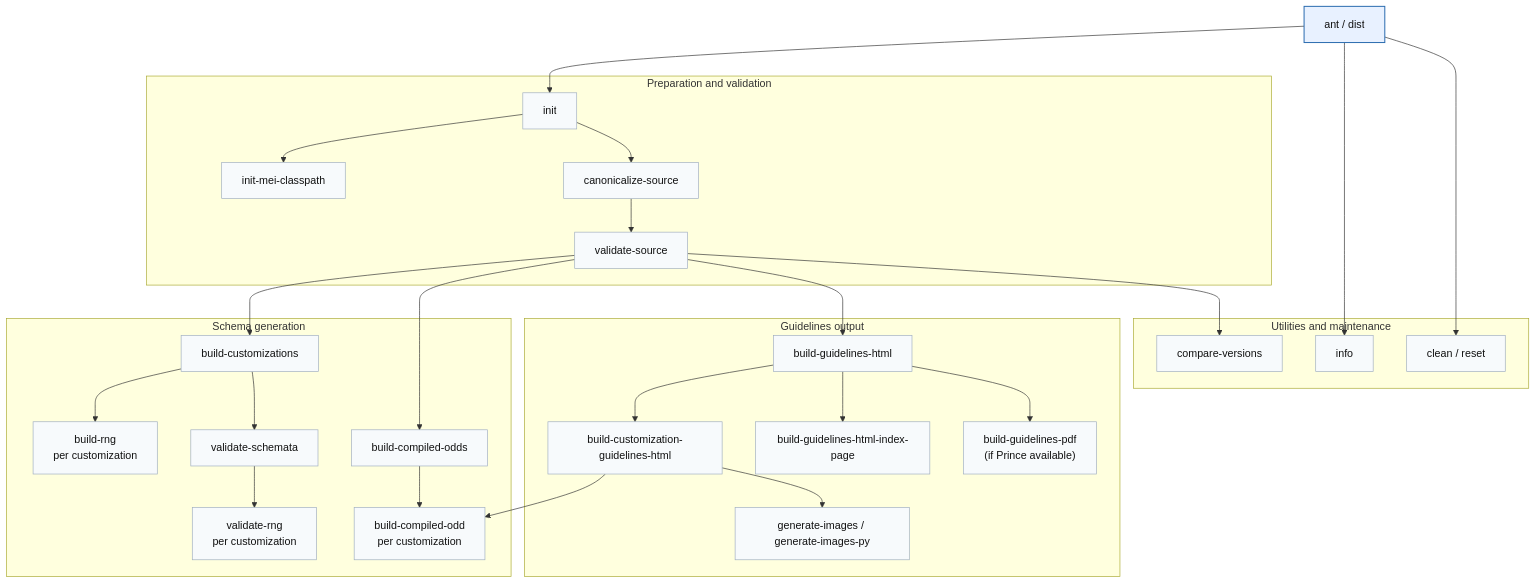
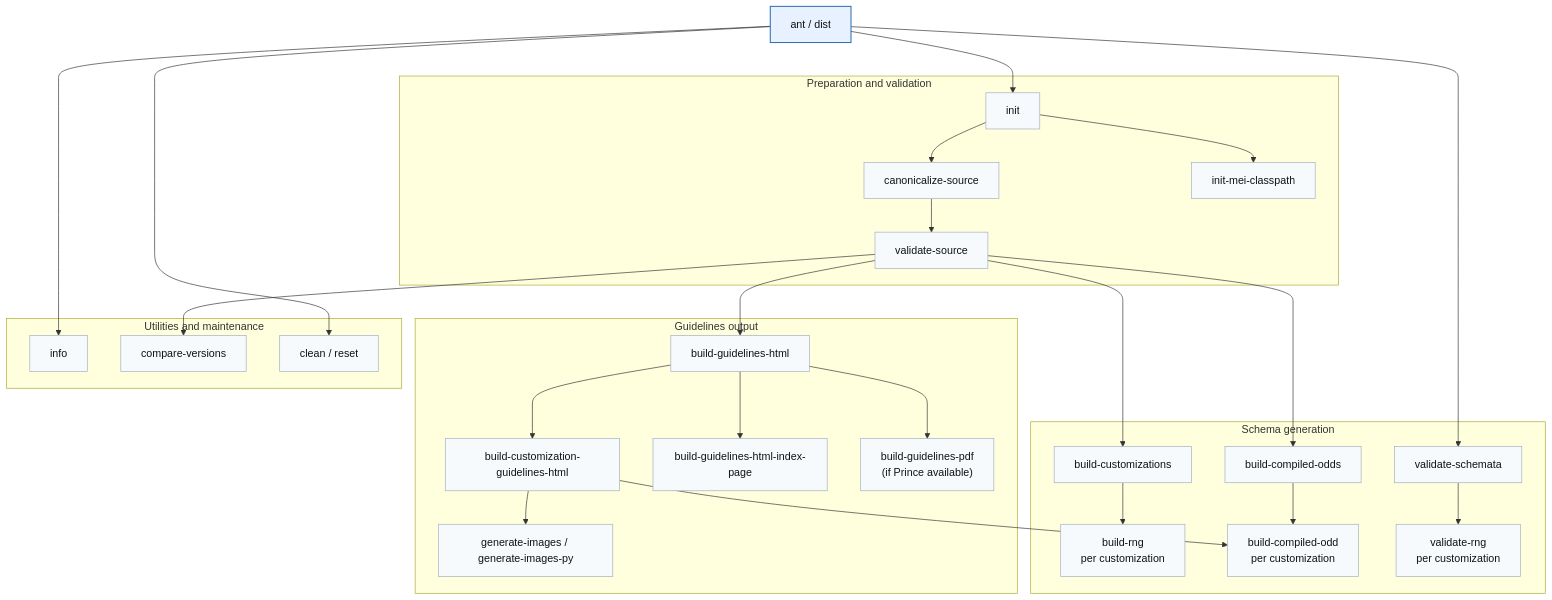
The diagram in BUILD_COMMANDLINE.md (music-encoding/music-encoding), drawn with Mermaid before and after one commit. The commit also changed 1 other file, not shown here.

Commit message:
doc: fix image and wording

````diff
--- a/BUILD_COMMANDLINE.md
+++ b/BUILD_COMMANDLINE.md
@@ -146,62 +146,62 @@
 ```mermaid
 flowchart TD
     DIST["ant / dist"]:::primary
 
     subgraph PREP["Preparation and validation"]
         CANON["canonicalize-source"]
         VALID["validate-source"]
         INIT["init"]
         CLP["init-mei-classpath"]
     end
 
     subgraph SCHEMA["Schema generation"]
         RNGS["build-customizations"]
         ODDS["build-compiled-odds"]
         RNG_CUS["build-rng\nper customization"]
         ODD_CUS["build-compiled-odd\nper customization"]
         VALID_SCH["validate-schemata"]
         VALID_CUS["validate-rng\nper customization"]
     end
 
     subgraph DOCS["Guidelines output"]
         HTML["build-guidelines-html"]
         HTML_CUS["build-customization-guidelines-html"]
         IDX["build-guidelines-html-index-page"]
         PDF["build-guidelines-pdf\n(if Prince available)"]
         IMG["generate-images / generate-images-py"]
     end
 
     subgraph UTIL["Utilities and maintenance"]
         INFO["info"]
         COMP["compare-versions"]
         CLEAN["clean / reset"]
     end
 
     DIST --> INIT
     INIT --> CLP
     INIT --> CANON
     CANON --> VALID
 
     VALID --> RNGS
     VALID --> ODDS
     VALID --> HTML
     VALID --> COMP
 
     RNGS --> RNG_CUS
-    RNGS --> VALID_SCH
+    DIST --> VALID_SCH
     VALID_SCH --> VALID_CUS
     ODDS --> ODD_CUS
     HTML --> HTML_CUS
     HTML_CUS --> ODD_CUS
     HTML_CUS --> IMG
     HTML --> IDX
     HTML --> PDF
 
     DIST --> INFO
     DIST --> CLEAN
 
     classDef primary fill:#e8f1ff,stroke:#2b6cb0,stroke-width:1.5px,color:#111;
     classDef default fill:#f7fafc,stroke:#a0aec0,stroke-width:1px,color:#111;
     class DIST primary;
     class CANON,VALID,INIT,CLP,RNGS,ODDS,RNG_CUS,ODD_CUS,VALID_SCH,VALID_CUS,HTML,HTML_CUS,IDX,PDF,IMG,INFO,COMP,CLEAN default;
 ```
````
